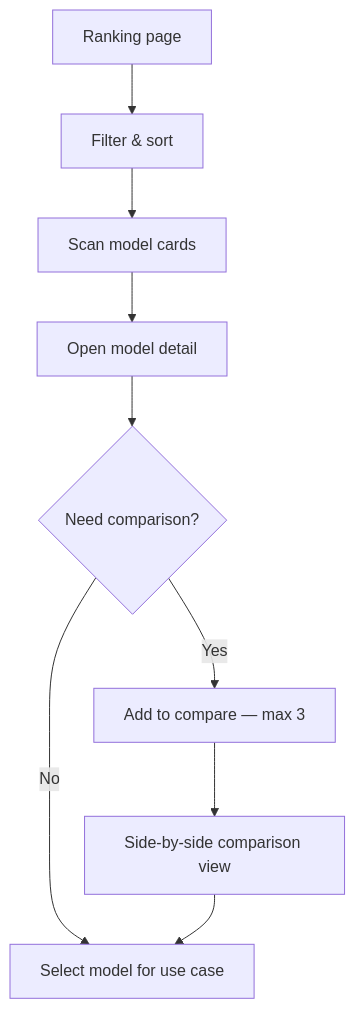
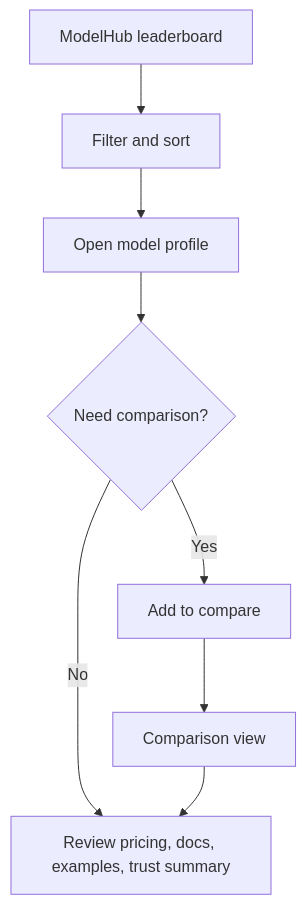
One commit to FaldyMaul/SecurityAI changed the third of 5 diagrams in AISandboxDev/02_Product_UI/User_Flow.md. Above: the diagram before and after it, drawn with Mermaid. The commit also changed other lines of this file and 328 other files, not shown here.

````diff
--- a/AISandboxDev/02_Product_UI/User_Flow.md
+++ b/AISandboxDev/02_Product_UI/User_Flow.md
@@ -95,11 +97,10 @@
 ```mermaid
 flowchart TD
-  A["Ranking page"] --> B["Filter & sort"]
-  B --> C["Scan model cards"]
-  C --> D["Open model detail"]
-  D --> E{"Need comparison?"}
-  E -- Yes --> F["Add to compare — max 3"]
-  F --> G["Side-by-side comparison view"]
-  E -- No --> H["Select model for use case"]
-  G --> H
+  A["ModelHub leaderboard"] --> B["Filter and sort"]
+  B --> C["Open model profile"]
+  C --> D{"Need comparison?"}
+  D -- Yes --> E["Add to compare"]
+  E --> F["Comparison view"]
+  D -- No --> G["Review pricing, docs, examples, trust summary"]
+  F --> G
 ```
````
